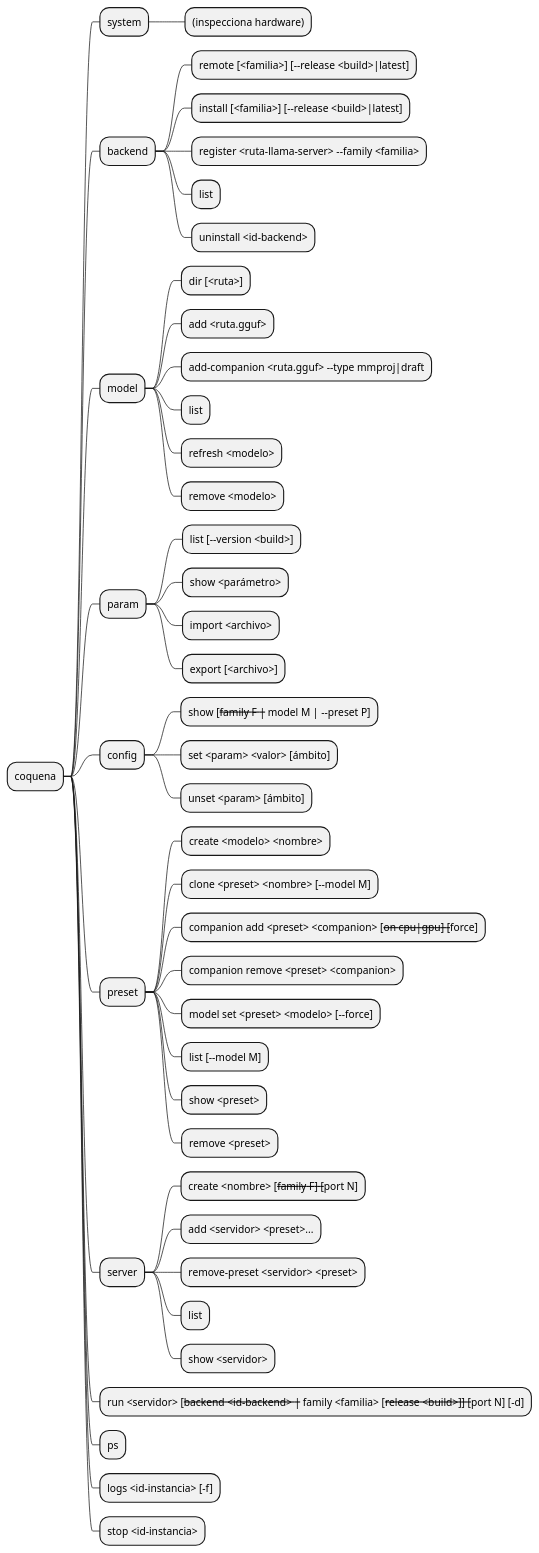
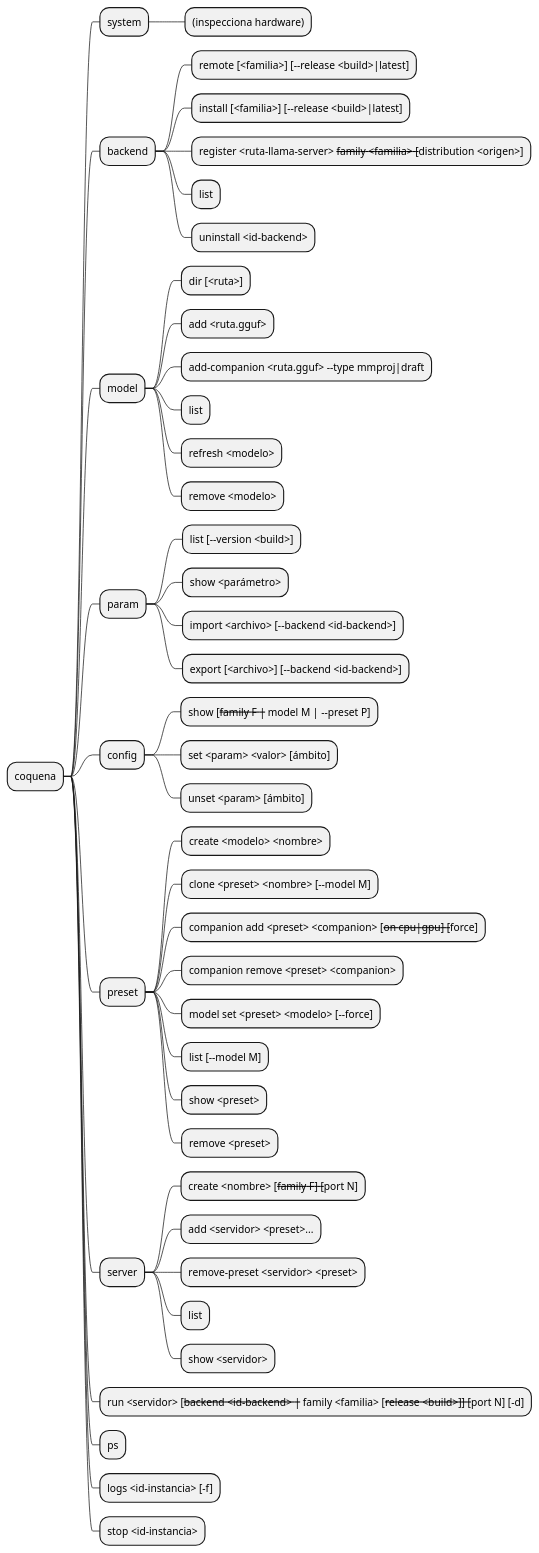
The first of 2 diagrams in docs/comandos.md (mstranich/coquena), drawn with PlantUML before and after one commit. The commit also changed other lines of this file and 3 other files, not shown here.

````diff
--- a/docs/comandos.md
+++ b/docs/comandos.md
@@ -41,48 +44,48 @@
 ```plantuml
 @startmindmap
 * coquena
 ** system
 *** (inspecciona hardware)
 ** backend
 *** remote [<familia>] [--release <build>|latest]
 *** install [<familia>] [--release <build>|latest]
-*** register <ruta-llama-server> --family <familia>
+*** register <ruta-llama-server> --family <familia> [--distribution <origen>]
 *** list
 *** uninstall <id-backend>
 ** model
 *** dir [<ruta>]
 *** add <ruta.gguf>
 *** add-companion <ruta.gguf> --type mmproj|draft
 *** list
 *** refresh <modelo>
 *** remove <modelo>
 ** param
 *** list [--version <build>]
 *** show <parámetro>
-*** import <archivo>
-*** export [<archivo>]
+*** import <archivo> [--backend <id-backend>]
+*** export [<archivo>] [--backend <id-backend>]
 ** config
 *** show [--family F | --model M | --preset P]
 *** set <param> <valor> [ámbito]
 *** unset <param> [ámbito]
 ** preset
 *** create <modelo> <nombre>
 *** clone <preset> <nombre> [--model M]
 *** companion add <preset> <companion> [--on cpu|gpu] [--force]
 *** companion remove <preset> <companion>
 *** model set <preset> <modelo> [--force]
 *** list [--model M]
 *** show <preset>
 *** remove <preset>
 ** server
 *** create <nombre> [--family F] [--port N]
 *** add <servidor> <preset>...
 *** remove-preset <servidor> <preset>
 *** list
 *** show <servidor>
 ** run <servidor> [--backend <id-backend> | --family <familia> [--release <build>]] [--port N] [-d]
 ** ps
 ** logs <id-instancia> [-f]
 ** stop <id-instancia>
 @endmindmap
 ```
````
